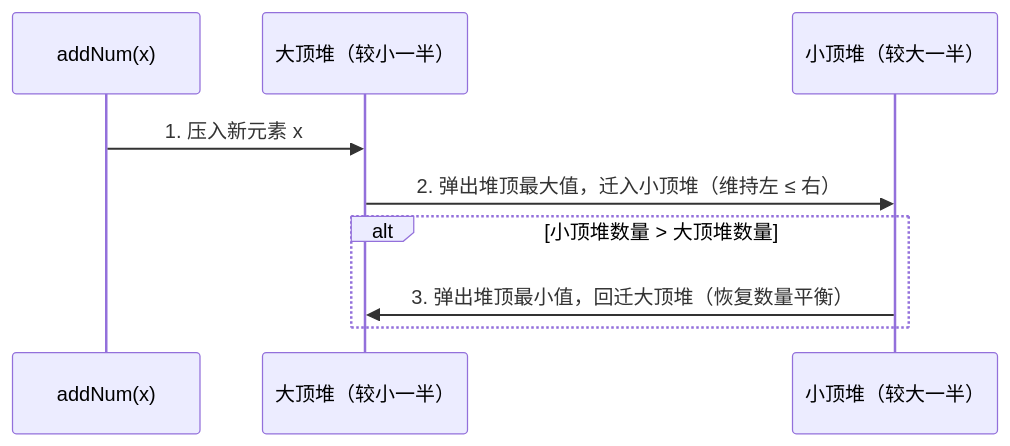
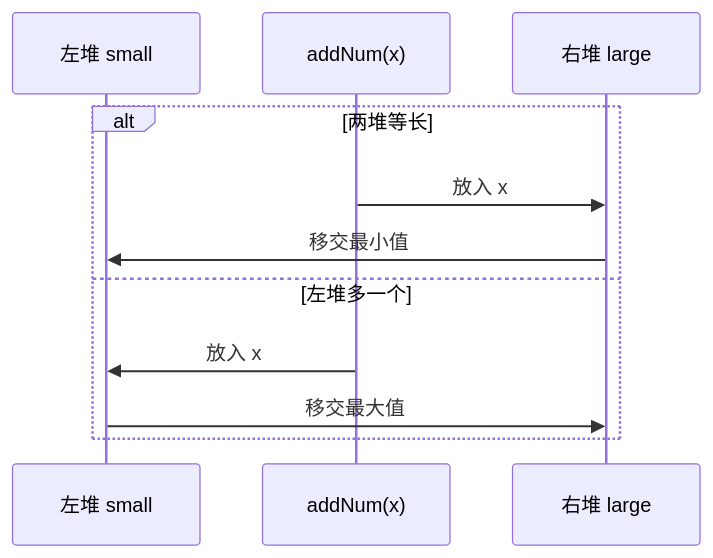
One commit to fordelkon/delkon.us.kg changed the second of 2 diagrams in content/posts/algorithm/find-median-from-data-stream.md. Above: the diagram before and after it, drawn with Mermaid. The commit also changed other lines of this file and 23 other files, not shown here.

````diff
--- a/content/posts/algorithm/find-median-from-data-stream.md
+++ b/content/posts/algorithm/find-median-from-data-stream.md
@@ -41,11 +41,13 @@
-```mermaid title="addNum 的跨堆迁移与平衡流程" description="每次插入新元素 x 时，先压入大顶堆，再把大顶堆堆顶迁入小顶堆以维持左 ≤ 右的有序边界；若小顶堆元素反超，则把小顶堆堆顶回迁，恢复两堆数量平衡。"
+```mermaid title="按插入前的堆大小选择转运方向" description="两堆等长时，新数先入右堆，再把右堆最小值移到左堆。左堆已经多一个时，新数先入左堆，再把左堆最大值移到右堆。"
 sequenceDiagram
- participant Caller as addNum(x)
- participant Small as 大顶堆（较小一半）
- participant Large as 小顶堆（较大一半）
- Caller->>Small: 1. 压入新元素 x
- Small->>Large: 2. 弹出堆顶最大值，迁入小顶堆（维持左 ≤ 右）
- alt 小顶堆数量 > 大顶堆数量
-  Large->>Small: 3. 弹出堆顶最小值，回迁大顶堆（恢复数量平衡）
+ participant S as 左堆 small
+ participant A as addNum(x)
+ participant L as 右堆 large
+ alt 两堆等长
+  A->>L: 放入 x
+  L->>S: 移交最小值
+ else 左堆多一个
+  A->>S: 放入 x
+  S->>L: 移交最大值
  end
 ```
````
